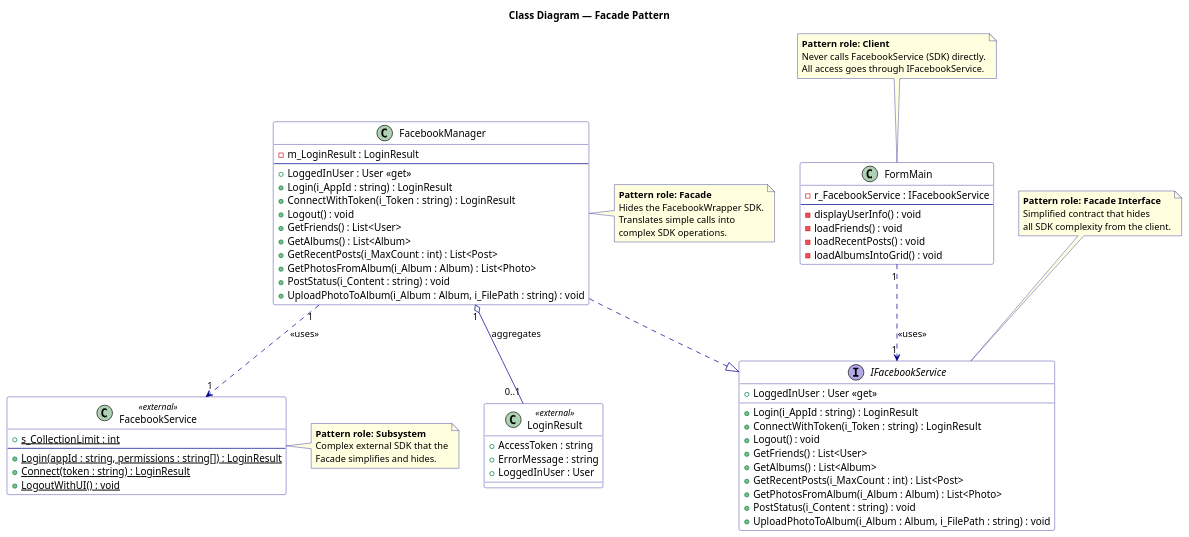
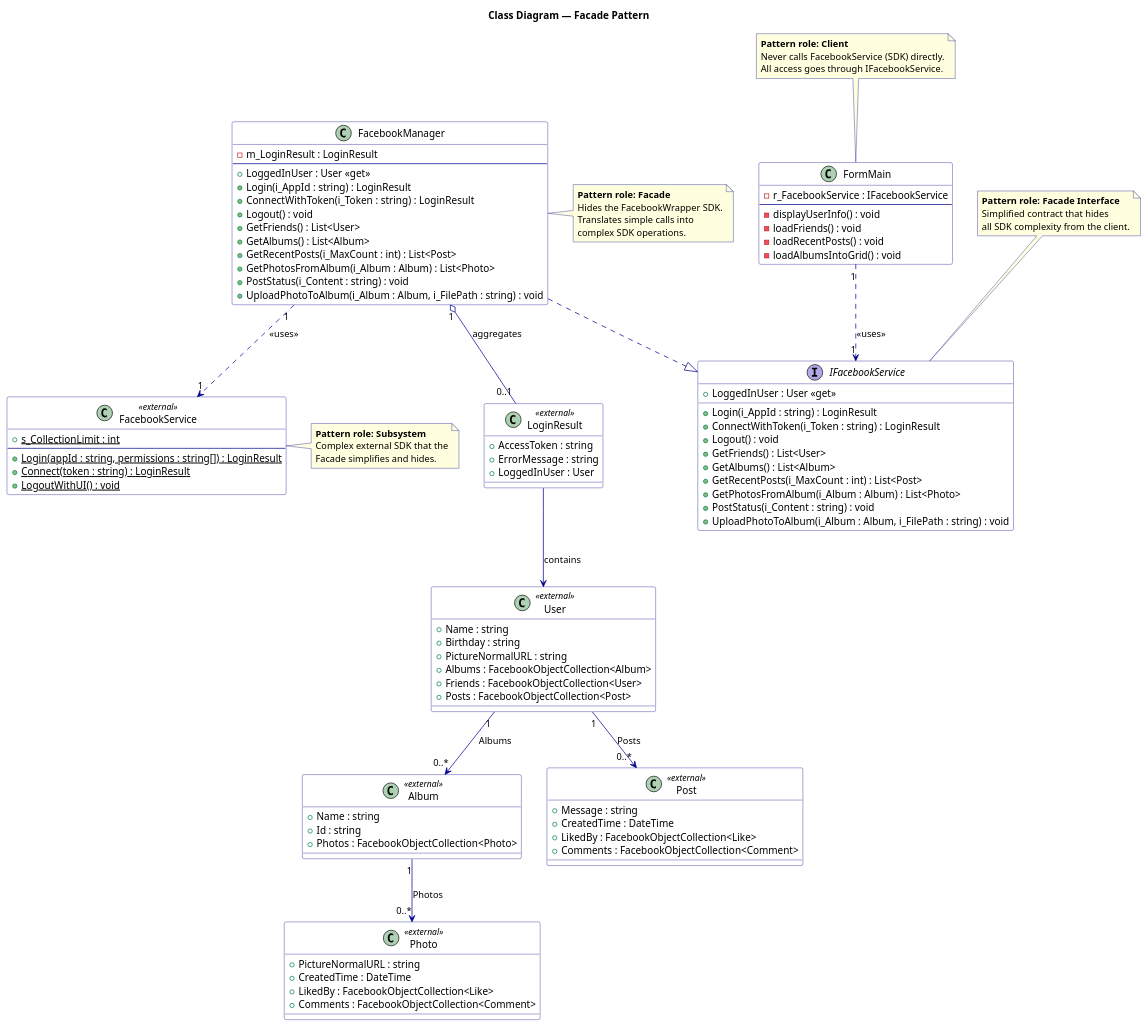
Before and after one commit to LotemKimchi/Application-Programming-Using-Design-Patterns: the diagram in Project2/B26 Ex02 LotemKimchi 318173481 ShaniSalomon 208573683/uml/class_facade.puml, drawn with PlantUML. The commit also changed 13 other files, not shown here.

First line of the commit message:
Fix Features to use IFacebookService, fix IFacebookService typo, update UML

```diff
--- a/Project2/B26 Ex02 LotemKimchi 318173481 ShaniSalomon 208573683/uml/class_facade.puml
+++ b/Project2/B26 Ex02 LotemKimchi 318173481 ShaniSalomon 208573683/uml/class_facade.puml
@@ -1,82 +1,115 @@
 @startuml ClassDiagram_Facade
 title Class Diagram — Facade Pattern
 
 skinparam classBackgroundColor White
 skinparam classBorderColor DarkBlue
 skinparam classArrowColor DarkBlue
 skinparam stereotypeCBackgroundColor LightYellow
 skinparam stereotypeIBackgroundColor LightBlue
 skinparam noteBackgroundColor LightYellow
 skinparam noteBorderColor DarkBlue
 
 ' ── Client ────────────────────────────────────────────────────────────────────
 
 class FormMain {
     - r_FacebookService : IFacebookService
     --
     - displayUserInfo() : void
     - loadFriends() : void
     - loadRecentPosts() : void
     - loadAlbumsIntoGrid() : void
 }
 note top of FormMain : **Pattern role: Client**\nNever calls FacebookService (SDK) directly.\nAll access goes through IFacebookService.
 
 ' ── Facade Interface ──────────────────────────────────────────────────────────
 
 interface IFacebookService {
     + LoggedInUser : User <<get>>
     + Login(i_AppId : string) : LoginResult
     + ConnectWithToken(i_Token : string) : LoginResult
     + Logout() : void
     + GetFriends() : List<User>
     + GetAlbums() : List<Album>
     + GetRecentPosts(i_MaxCount : int) : List<Post>
     + GetPhotosFromAlbum(i_Album : Album) : List<Photo>
     + PostStatus(i_Content : string) : void
     + UploadPhotoToAlbum(i_Album : Album, i_FilePath : string) : void
 }
 note top of IFacebookService : **Pattern role: Facade Interface**\nSimplified contract that hides\nall SDK complexity from the client.
 
 ' ── Facade ────────────────────────────────────────────────────────────────────
 
 class FacebookManager {
     - m_LoginResult : LoginResult
     --
     + LoggedInUser : User <<get>>
     + Login(i_AppId : string) : LoginResult
     + ConnectWithToken(i_Token : string) : LoginResult
     + Logout() : void
     + GetFriends() : List<User>
     + GetAlbums() : List<Album>
     + GetRecentPosts(i_MaxCount : int) : List<Post>
     + GetPhotosFromAlbum(i_Album : Album) : List<Photo>
     + PostStatus(i_Content : string) : void
     + UploadPhotoToAlbum(i_Album : Album, i_FilePath : string) : void
 }
 note right of FacebookManager : **Pattern role: Facade**\nHides the FacebookWrapper SDK.\nTranslates simple calls into\ncomplex SDK operations.
 
 ' ── Subsystem (external SDK) ──────────────────────────────────────────────────
 
 class FacebookService <<external>> {
     + {static} s_CollectionLimit : int
     --
     + {static} Login(appId : string, permissions : string[]) : LoginResult
     + {static} Connect(token : string) : LoginResult
     + {static} LogoutWithUI() : void
 }
 
 class LoginResult <<external>> {
     + AccessToken : string
     + ErrorMessage : string
     + LoggedInUser : User
 }
 note right of FacebookService : **Pattern role: Subsystem**\nComplex external SDK that the\nFacade simplifies and hides.
 
+class User <<external>> {
+    + Name : string
+    + Birthday : string
+    + PictureNormalURL : string
+    + Albums : FacebookObjectCollection<Album>
+    + Friends : FacebookObjectCollection<User>
+    + Posts : FacebookObjectCollection<Post>
+}
+
+class Album <<external>> {
+    + Name : string
+    + Id : string
+    + Photos : FacebookObjectCollection<Photo>
+}
+
+class Photo <<external>> {
+    + PictureNormalURL : string
+    + CreatedTime : DateTime
+    + LikedBy : FacebookObjectCollection<Like>
+    + Comments : FacebookObjectCollection<Comment>
+}
+
+class Post <<external>> {
+    + Message : string
+    + CreatedTime : DateTime
+    + LikedBy : FacebookObjectCollection<Like>
+    + Comments : FacebookObjectCollection<Comment>
+}
+
 ' ── Relationships ─────────────────────────────────────────────────────────────
 
 FormMain "1" ..> "1" IFacebookService : <<uses>>
 FacebookManager ..|> IFacebookService
 FacebookManager "1" ..> "1" FacebookService : <<uses>>
 FacebookManager "1" o-- "0..1" LoginResult : aggregates
+LoginResult --> User : contains
+User "1" --> "0..*" Album : Albums
+User "1" --> "0..*" Post  : Posts
+Album "1" --> "0..*" Photo : Photos
 
 @enduml
```
